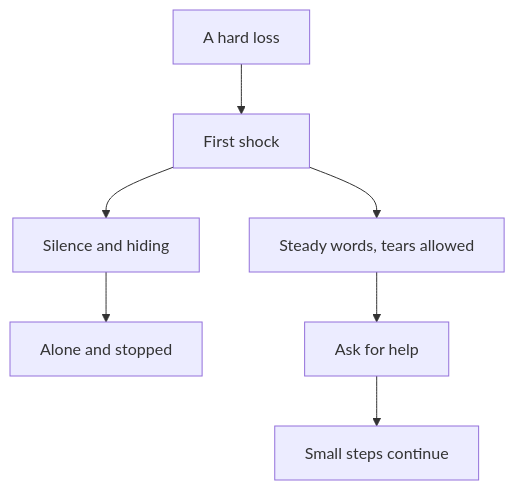
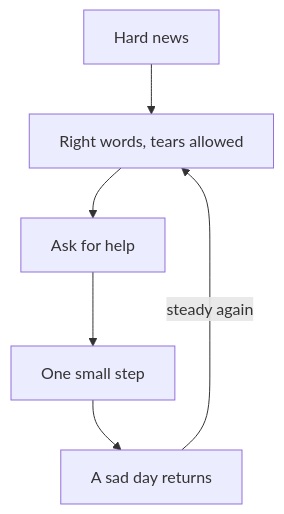
The diagram in content/import/faith-and-resilience/03-sabr/03.02-what-sabr-is.md (Muhammad-AnasKhan/Buildment), drawn with Mermaid before and after one commit. The commit also changed other lines of this file and 19 other files, not shown here.

````diff
--- a/content/import/faith-and-resilience/03-sabr/03.02-what-sabr-is.md
+++ b/content/import/faith-and-resilience/03-sabr/03.02-what-sabr-is.md
@@ -99,9 +97,8 @@
 ```mermaid
 flowchart TD
-  A["A hard loss"] --> B["First shock"]
-  B --> C["Silence and hiding"]
-  C --> D["Alone and stopped"]
-  B --> E["Steady words, tears allowed"]
-  E --> F["Ask for help"]
-  F --> G["Small steps continue"]
+  A["Hard news"] --> B["Right words, tears allowed"]
+  B --> C["Ask for help"]
+  C --> D["One small step"]
+  D --> E["A sad day returns"]
+  E -->|"steady again"| B
 ```
````
